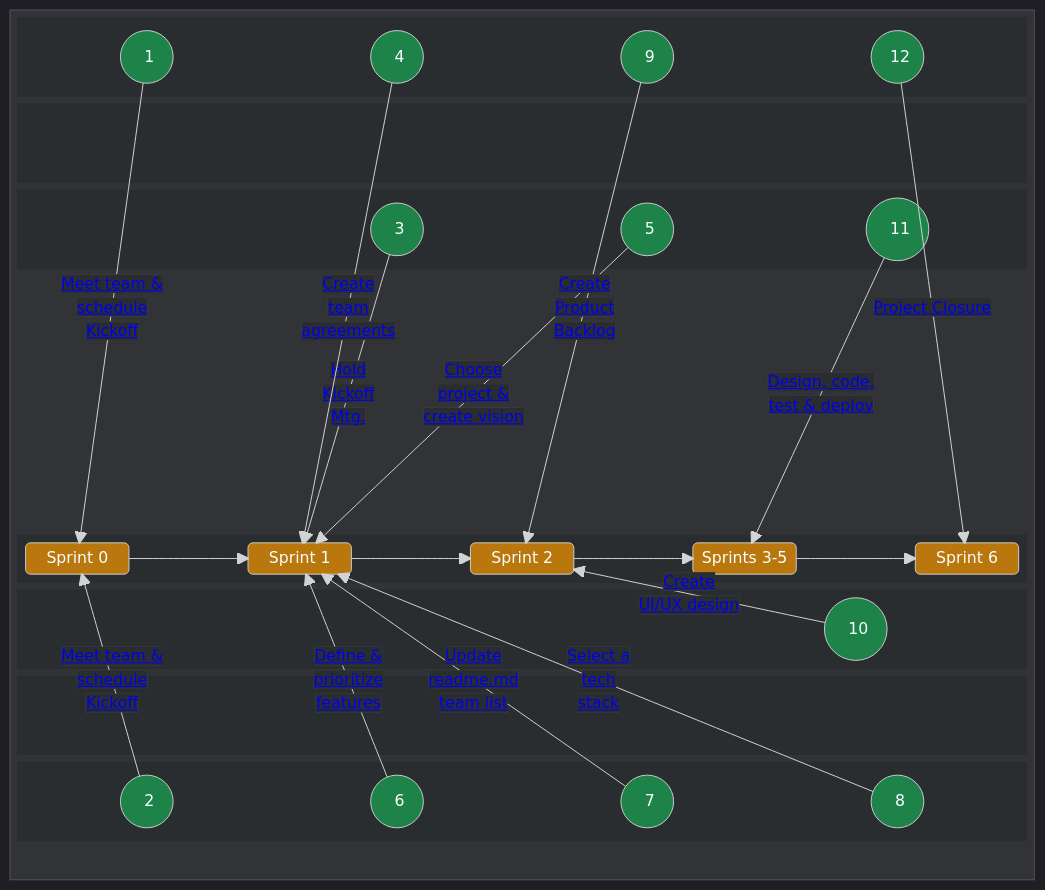
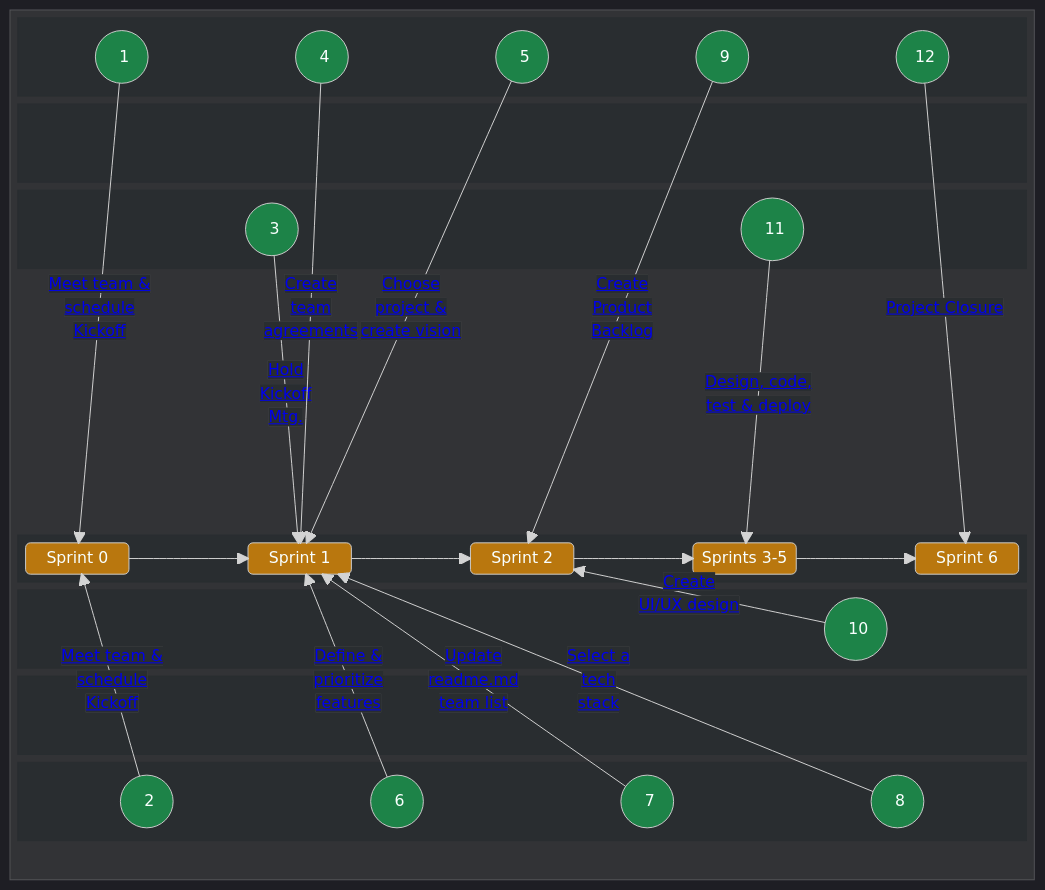
One commit to chingu-voyages/Handbook changed the first of 2 diagrams in docs/guides/voyage/voyage.md. Above: the diagram before and after it, drawn with Mermaid.

Commit message:
Feature: Define Sprint 0 details [WIP]

```diff
--- a/docs/guides/voyage/voyage.md
+++ b/docs/guides/voyage/voyage.md
@@ -81,6 +81,7 @@
         columns 11
         A1(("&nbsp;&nbsp;&nbsp; 1 &nbsp;&nbsp;"))
         A4(("&nbsp;&nbsp;&nbsp; 4 &nbsp;&nbsp;"))
+        A5(("&nbsp;&nbsp;&nbsp; 5 &nbsp;&nbsp;"))
         A9(("&nbsp;&nbsp;&nbsp; 9 &nbsp;&nbsp;"))
         A12(("&nbsp;&nbsp;&nbsp;12 &nbsp;"))
       end
@@ -89,9 +90,7 @@
       end 
       block:TOPL3
         columns 11
-        space
         A3(("&nbsp;&nbsp;&nbsp; 3 &nbsp;&nbsp;"))
-        A5(("&nbsp;&nbsp;&nbsp; 5 &nbsp;&nbsp;"))
         A11(("&nbsp;&nbsp;&nbsp; 11 &nbsp;&nbsp;"))
       end      
       space
```
